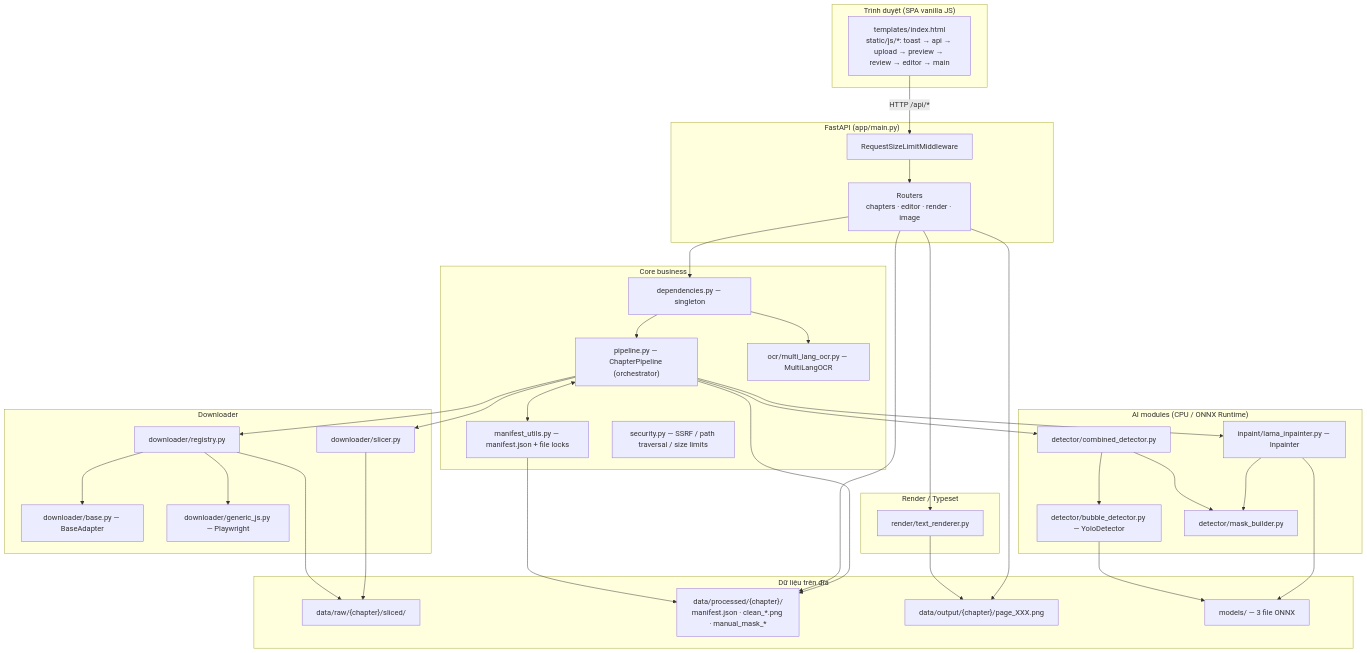
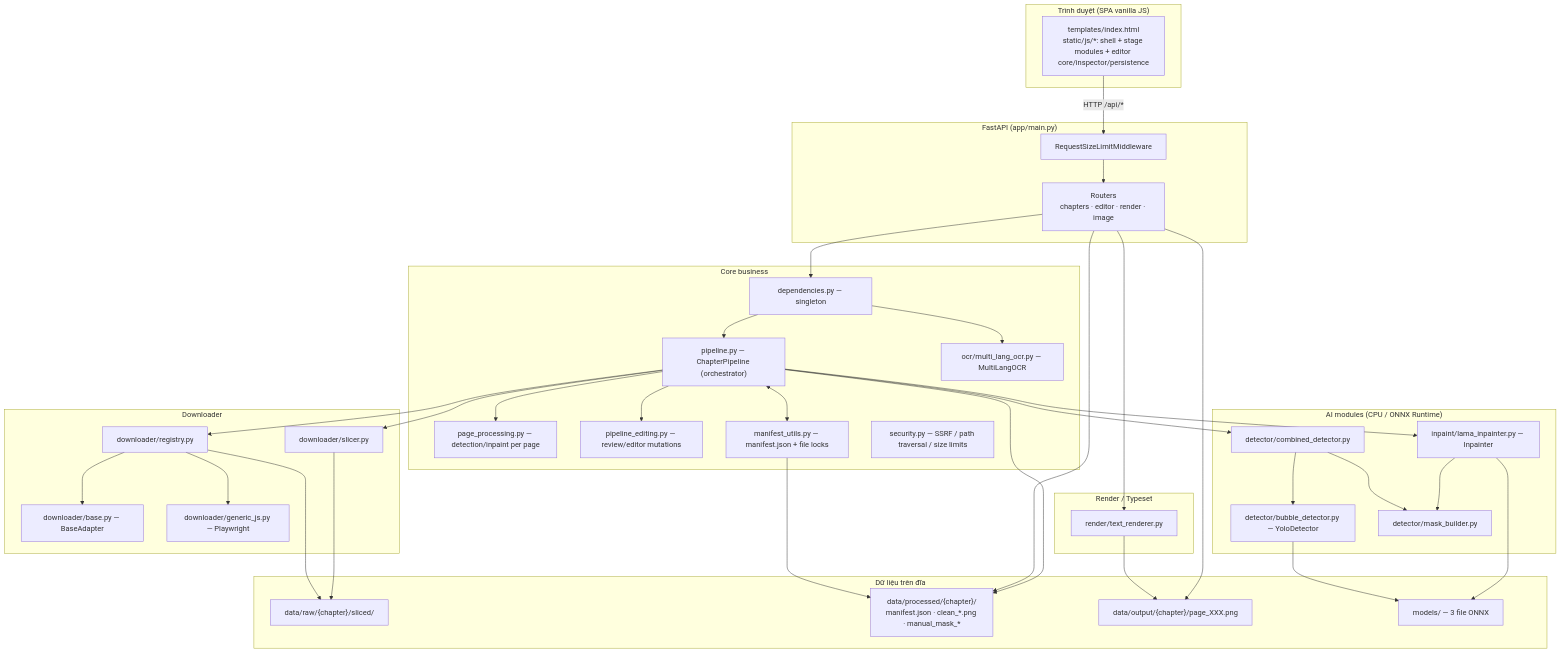
The first of 12 diagrams in docs/ARCHITECTURE.md (tuantran00541-spec/manga-translator), drawn with Mermaid before and after one commit. The commit also changed other lines of this file and 43 other files, not shown here.

Commit message:
stabilize release gates and split editor pipeline

````diff
--- a/docs/ARCHITECTURE.md
+++ b/docs/ARCHITECTURE.md
@@ -7,66 +7,70 @@
 ```mermaid
 flowchart TB
     subgraph Client["Trình duyệt (SPA vanilla JS)"]
-        UI["templates/index.html<br/>static/js/*: toast → api → upload → preview → review → editor → main"]
+        UI["templates/index.html<br/>static/js/*: shell + stage modules + editor core/inspector/persistence"]
     end
 
     subgraph Server["FastAPI (app/main.py)"]
         MW["RequestSizeLimitMiddleware"]
         RTR["Routers<br/>chapters · editor · render · image"]
     end
 
     subgraph Core["Core business"]
         DEP["dependencies.py — singleton"]
         PL["pipeline.py — ChapterPipeline (orchestrator)"]
+        PAGE["page_processing.py — detection/inpaint per page"]
+        EDIT["pipeline_editing.py — review/editor mutations"]
         OCR["ocr/multi_lang_ocr.py — MultiLangOCR"]
         MAN["manifest_utils.py — manifest.json + file locks"]
         SEC["security.py — SSRF / path traversal / size limits"]
     end
 
     subgraph AI["AI modules (CPU / ONNX Runtime)"]
         DET["detector/combined_detector.py"]
         YOLO["detector/bubble_detector.py — YoloDetector"]
         MB["detector/mask_builder.py"]
         LAMA["inpaint/lama_inpainter.py — Inpainter"]
     end
 
     subgraph DL["Downloader"]
         REG["downloader/registry.py"]
         BASE["downloader/base.py — BaseAdapter"]
         JS["downloader/generic_js.py — Playwright"]
         SL["downloader/slicer.py"]
     end
 
     subgraph RD["Render / Typeset"]
         TR["render/text_renderer.py"]
     end
 
     subgraph Data["Dữ liệu trên đĩa"]
         RAW["data/raw/{chapter}/sliced/"]
         PROC["data/processed/{chapter}/<br/>manifest.json · clean_*.png · manual_mask_*"]
         OUT["data/output/{chapter}/page_XXX.png"]
         MOD["models/ — 3 file ONNX"]
     end
 
     UI -->|HTTP /api/*| MW --> RTR
     RTR --> DEP
     DEP --> PL
+    PL --> PAGE
+    PL --> EDIT
     DEP --> OCR
     PL --> DET --> YOLO
     DET --> MB
     PL --> LAMA --> MB
     PL --> REG --> BASE
     REG --> JS
     PL --> SL
     RTR --> TR
     PL <--> MAN
     MAN --> PROC
     RTR --> PROC
     REG --> RAW
     SL --> RAW
     PL --> PROC
     TR --> OUT
     RTR --> OUT
     YOLO --> MOD
     LAMA --> MOD
 ```
````
